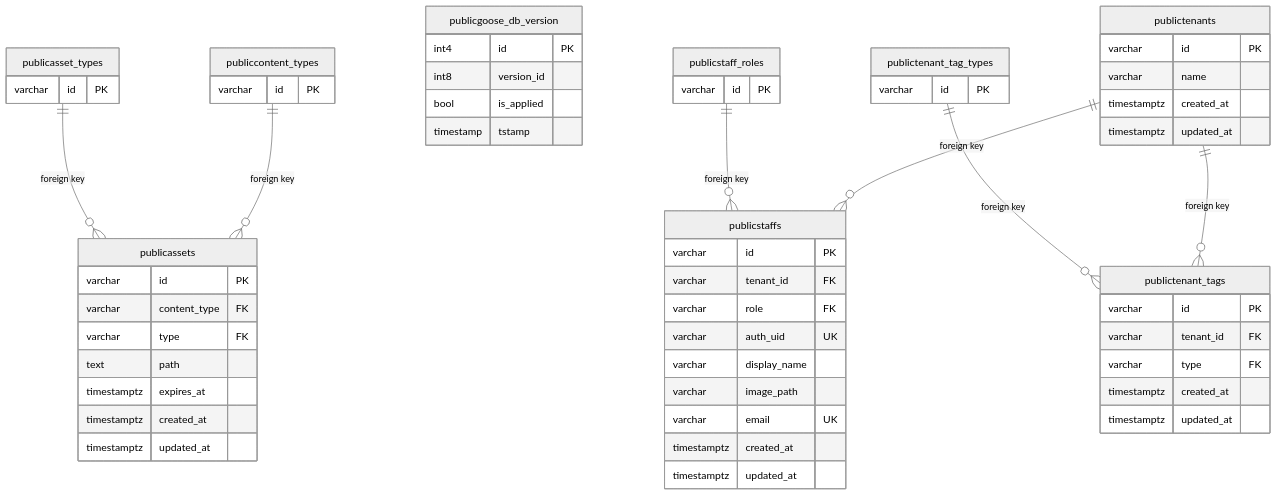
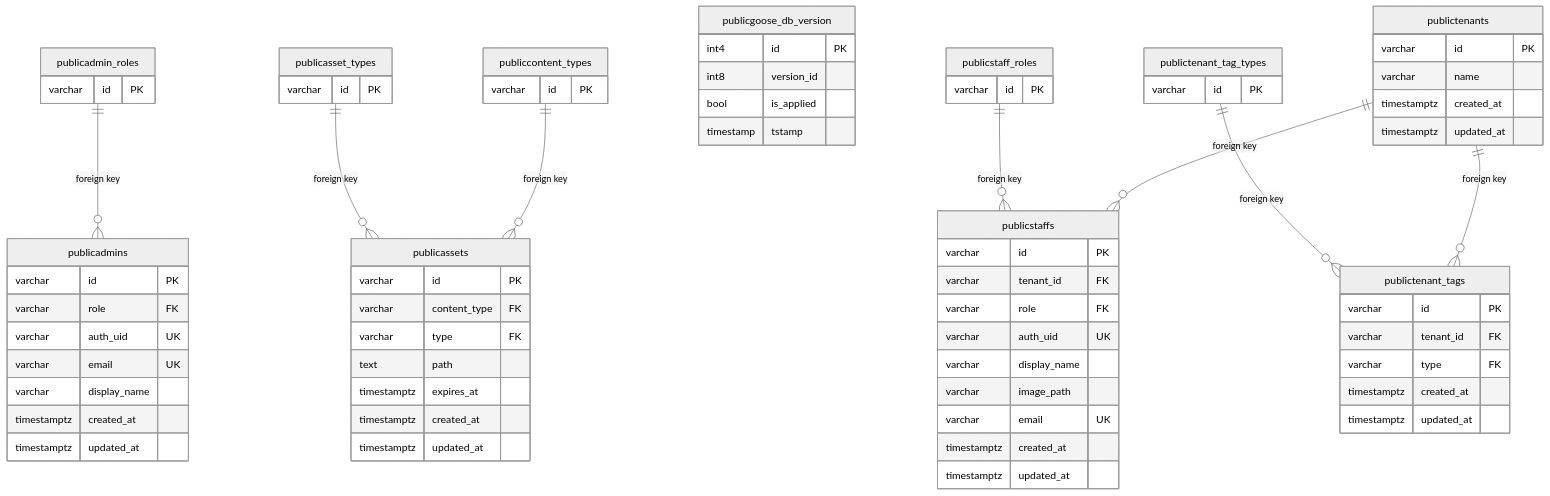
The diagram in db/postgresql/mermaid.mmd (abyssparanoia/rapid-go), drawn with Mermaid (neutral theme) before and after one commit. The commit also changed 98 other files, not shown here.

```diff
--- a/db/postgresql/mermaid.mmd
+++ b/db/postgresql/mermaid.mmd
@@ -1,68 +1,83 @@
 erDiagram
+
+  publicadmin_roles {
+    varchar id PK
+  }
 
   publicasset_types {
     varchar id PK
   }
 
   publiccontent_types {
     varchar id PK
   }
 
   publicgoose_db_version {
     int4 id PK
     int8 version_id
     bool is_applied
     timestamp tstamp
   }
 
   publicstaff_roles {
     varchar id PK
   }
 
   publictenant_tag_types {
     varchar id PK
   }
 
   publictenants {
     varchar id PK
     varchar name
+    timestamptz created_at
+    timestamptz updated_at
+  }
+
+  publicadmins {
+    varchar id PK
+    varchar role FK
+    varchar auth_uid UK
+    varchar email UK
+    varchar display_name
     timestamptz created_at
     timestamptz updated_at
   }
 
   publicassets {
     varchar id PK
     varchar content_type FK
     varchar type FK
     text path
     timestamptz expires_at
     timestamptz created_at
     timestamptz updated_at
   }
 
   publicstaffs {
     varchar id PK
     varchar tenant_id FK
     varchar role FK
     varchar auth_uid UK
     varchar display_name
     varchar image_path
     varchar email UK
     timestamptz created_at
     timestamptz updated_at
   }
 
   publictenant_tags {
     varchar id PK
     varchar tenant_id FK
     varchar type FK
     timestamptz created_at
     timestamptz updated_at
   }
 
+  publicadmin_roles ||--o{ publicadmins : "foreign key"
   publicasset_types ||--o{ publicassets : "foreign key"
   publiccontent_types ||--o{ publicassets : "foreign key"
   publicstaff_roles ||--o{ publicstaffs : "foreign key"
   publictenant_tag_types ||--o{ publictenant_tags : "foreign key"
   publictenants ||--o{ publicstaffs : "foreign key"
   publictenants ||--o{ publictenant_tags : "foreign key"
```
